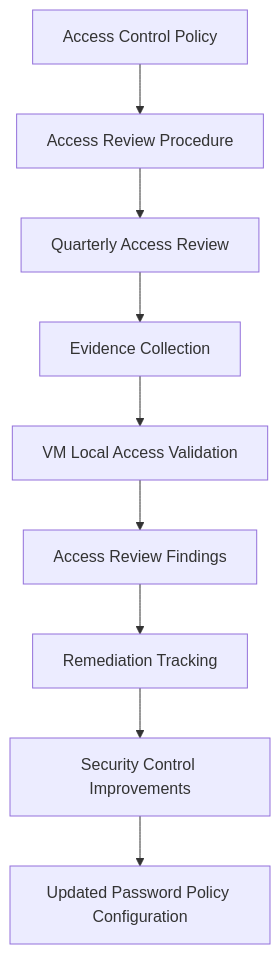
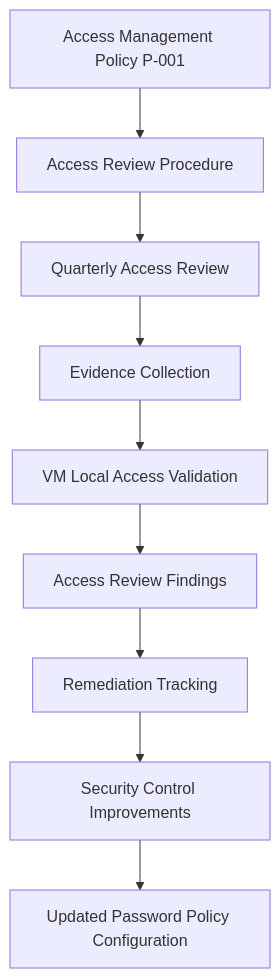
One commit to MgnCoding2020/IAM-Access-Review-Lab changed the diagram in README.md. Above: the diagram before and after it, drawn with Mermaid. The commit also changed other lines of this file and 4 other files, not shown here.

````diff
--- a/README.md
+++ b/README.md
@@ -45,18 +45,18 @@
 ```mermaid
 flowchart TD
 
-A[Access Control Policy] --> B[Access Review Procedure]
+A[Access Management Policy P-001] --> B[Access Review Procedure]
 
 B --> C[Quarterly Access Review]
 
 C --> D[Evidence Collection]
 D --> E[VM Local Access Validation]
 
 E --> F[Access Review Findings]
 
 F --> G[Remediation Tracking]
 
 G --> H[Security Control Improvements]
 
 H --> I[Updated Password Policy Configuration]
 ```
````
